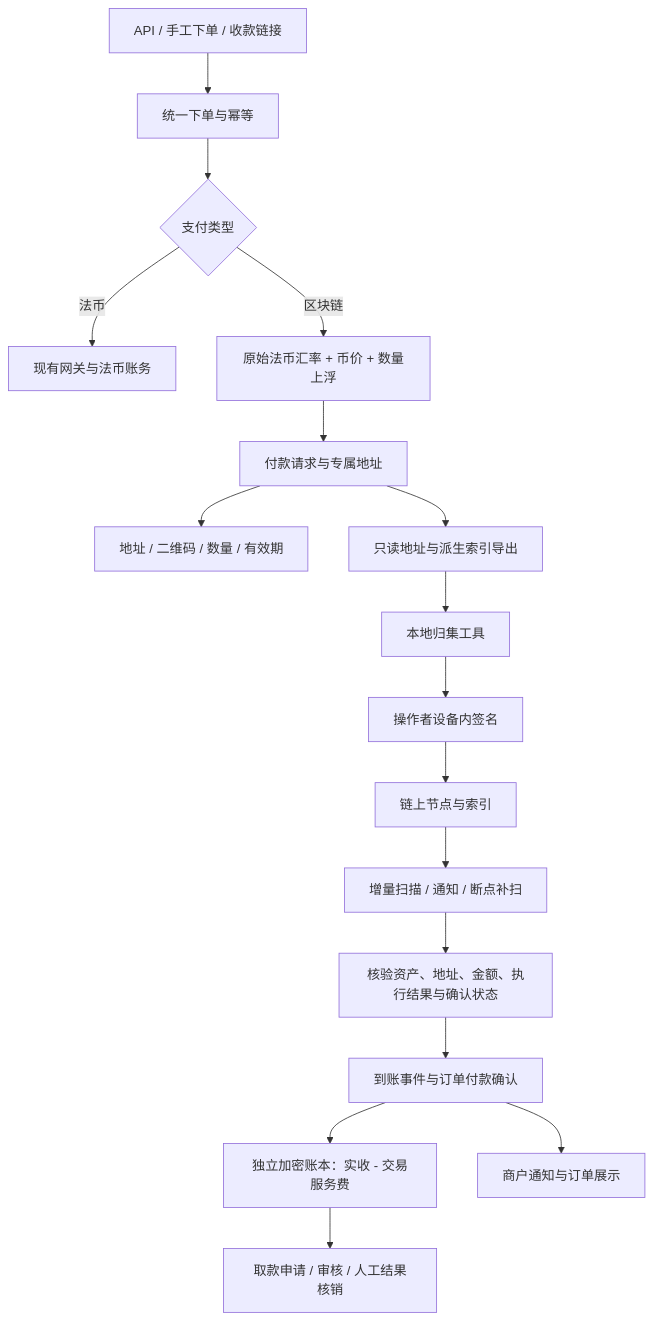
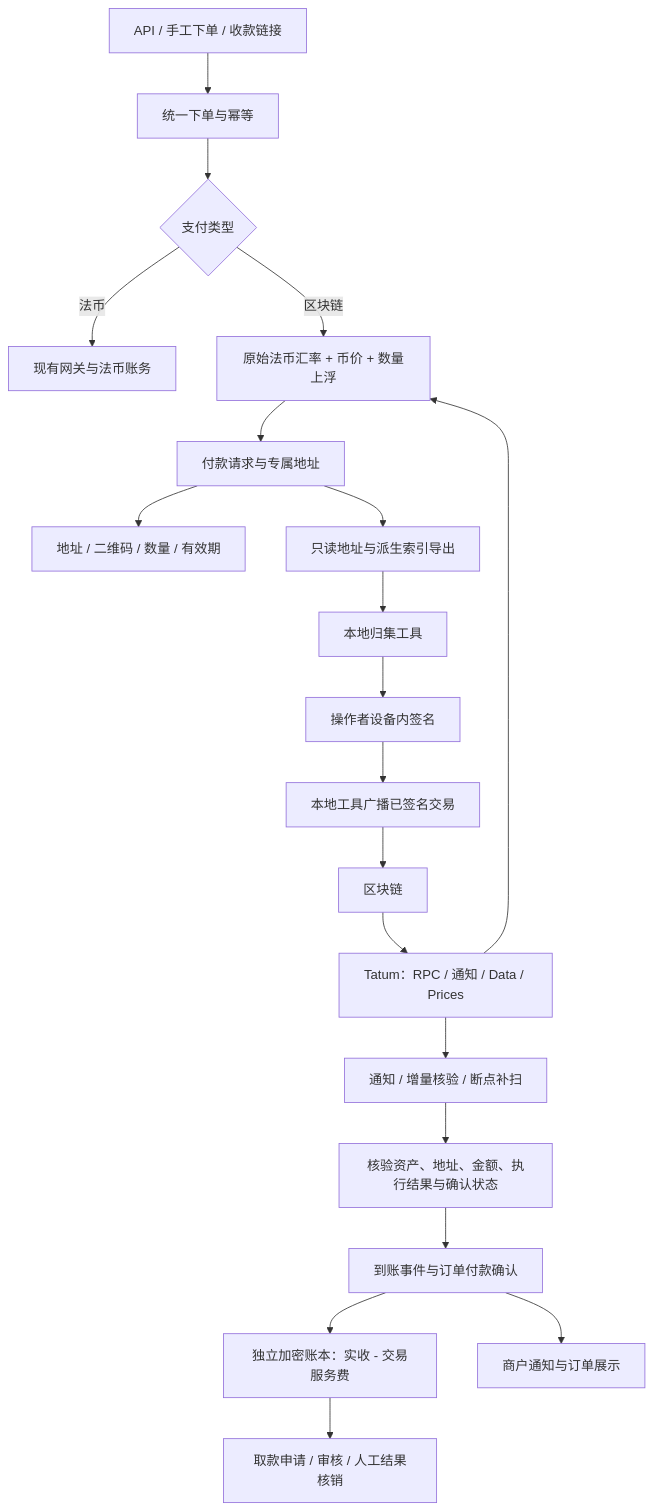
Before and after one commit to tkloespikgit/sscpay-server: the diagram in docs/blockchain-payment-plan.md, drawn with Mermaid. The commit also changed other lines of this file and 2 other files, not shown here.

````diff
--- a/docs/blockchain-payment-plan.md
+++ b/docs/blockchain-payment-plan.md
@@ -32,19 +35,22 @@
 ```mermaid
 flowchart TD
     Entry[API / 手工下单 / 收款链接] --> Creation[统一下单与幂等]
     Creation --> Type{支付类型}
     Type -->|法币| Existing[现有网关与法币账务]
     Type -->|区块链| Quote[原始法币汇率 + 币价 + 数量上浮]
     Quote --> Request[付款请求与专属地址]
     Request --> Page[地址 / 二维码 / 数量 / 有效期]
-    Chain[链上节点与索引] --> Scan[增量扫描 / 通知 / 断点补扫]
+    Tatum[Tatum：RPC / 通知 / Data / Prices] --> Quote
+    Chain[区块链] --> Tatum
+    Tatum --> Scan[通知 / 增量核验 / 断点补扫]
     Scan --> Verify[核验资产、地址、金额、执行结果与确认状态]
     Verify --> Receipt[到账事件与订单付款确认]
     Receipt --> Ledger[独立加密账本：实收 - 交易服务费]
     Receipt --> Notify[商户通知与订单展示]
     Ledger --> Withdrawal[取款申请 / 审核 / 人工结果核销]
     Request --> Export[只读地址与派生索引导出]
     Export --> Local[本地归集工具]
     Local --> Sign[操作者设备内签名]
-    Sign --> Chain
+    Sign --> Broadcast[本地工具广播已签名交易]
+    Broadcast --> Chain
 ```
````
